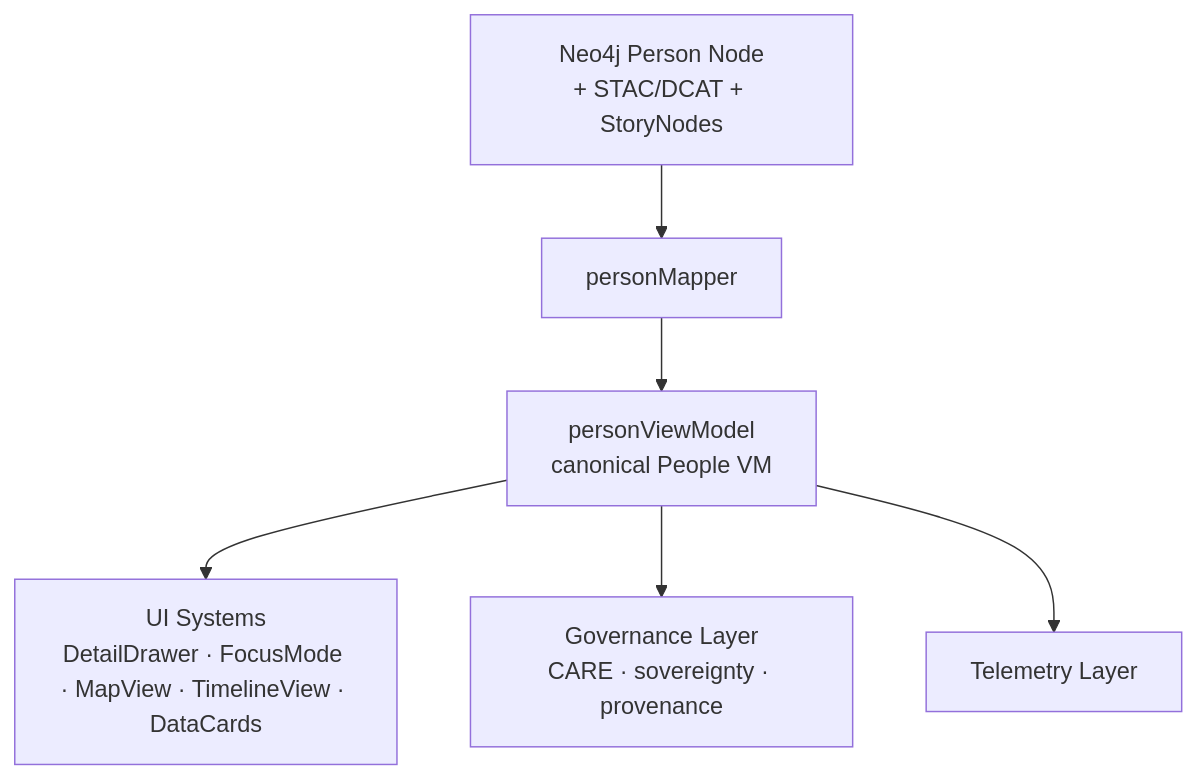
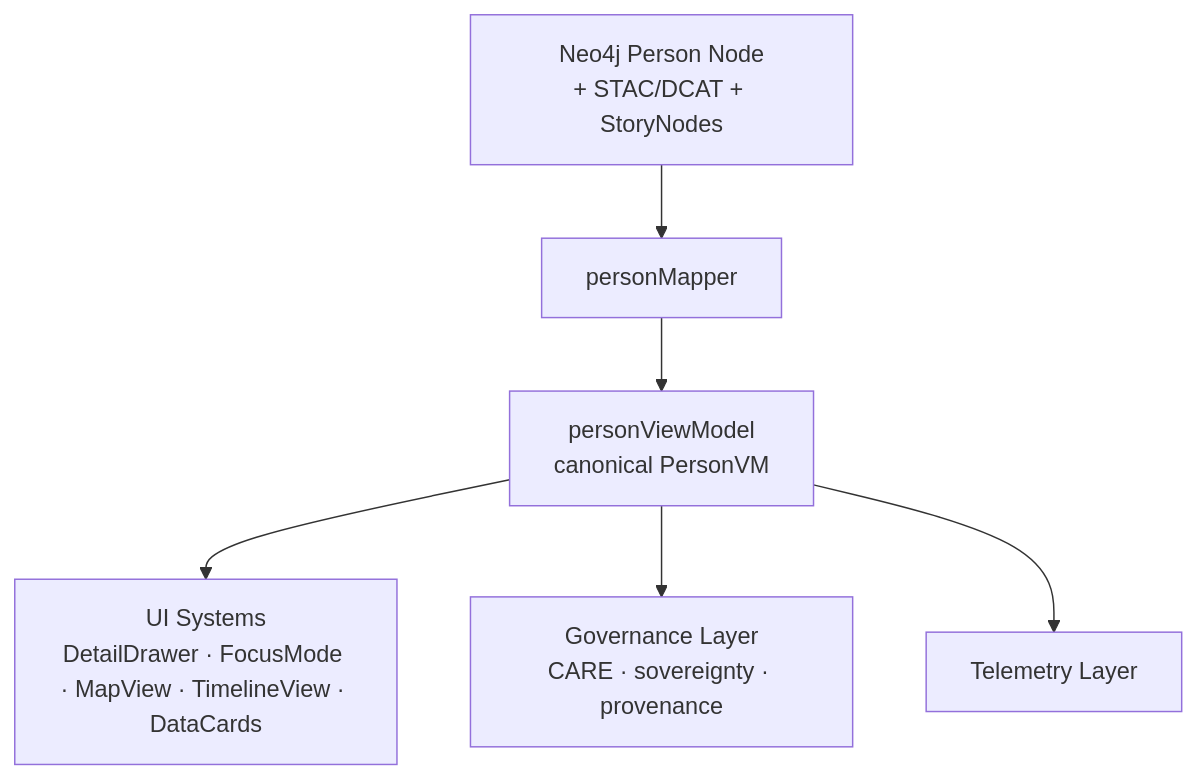
One commit to bartytime4life/Kansas-Frontier-Matrix changed the first of 4 diagrams in web/src/entities/people/README.md. Above: the diagram before and after it, drawn with Mermaid. The commit also changed other lines of this file, not shown here.

````diff
--- a/web/src/entities/people/README.md
+++ b/web/src/entities/people/README.md
@@ -69,8 +144,8 @@
-```mermaid
+~~~mermaid
 flowchart TD
     RAW[Neo4j Person Node<br/>+ STAC/DCAT + StoryNodes] --> MAP[personMapper]
-    MAP --> VM[personViewModel<br/>canonical People VM]
+    MAP --> VM[personViewModel<br/>canonical PersonVM]
     VM --> UI[UI Systems<br/>DetailDrawer · FocusMode · MapView · TimelineView · DataCards]
     VM --> GOV[Governance Layer<br/>CARE · sovereignty · provenance]
     VM --> TEL[Telemetry Layer]
-```
+~~~
````
